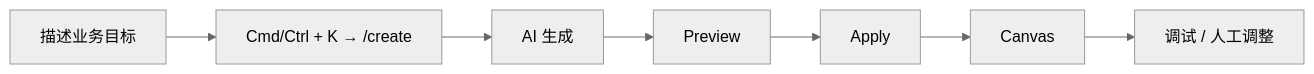
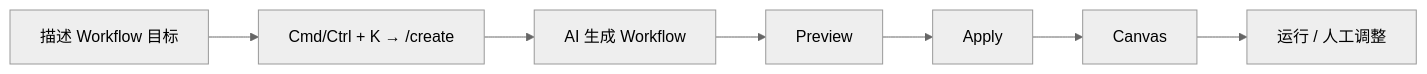
Before and after one commit to sgfd-ui/internship: the second of 10 diagrams in weekly-report/dify-1.17-core-capabilities-research.md, drawn with Mermaid (neutral theme). The commit also changed other lines of this file, not shown here.

Commit message:
docs: focus Dify 1.17 research on AI Workflow generation

````diff
--- a/weekly-report/dify-1.17-core-capabilities-research.md
+++ b/weekly-report/dify-1.17-core-capabilities-research.md
@@ -101,9 +65,9 @@
 ```mermaid
 flowchart LR
-    A[描述业务目标] --> B["Cmd/Ctrl + K → /create"]
-    B --> C[AI 生成]
+    A[描述 Workflow 目标] --> B["Cmd/Ctrl + K → /create"]
+    B --> C[AI 生成 Workflow]
     C --> D[Preview]
     D --> E[Apply]
     E --> F[Canvas]
-    F --> G[调试 / 人工调整]
+    F --> G[运行 / 人工调整]
 ```
````
